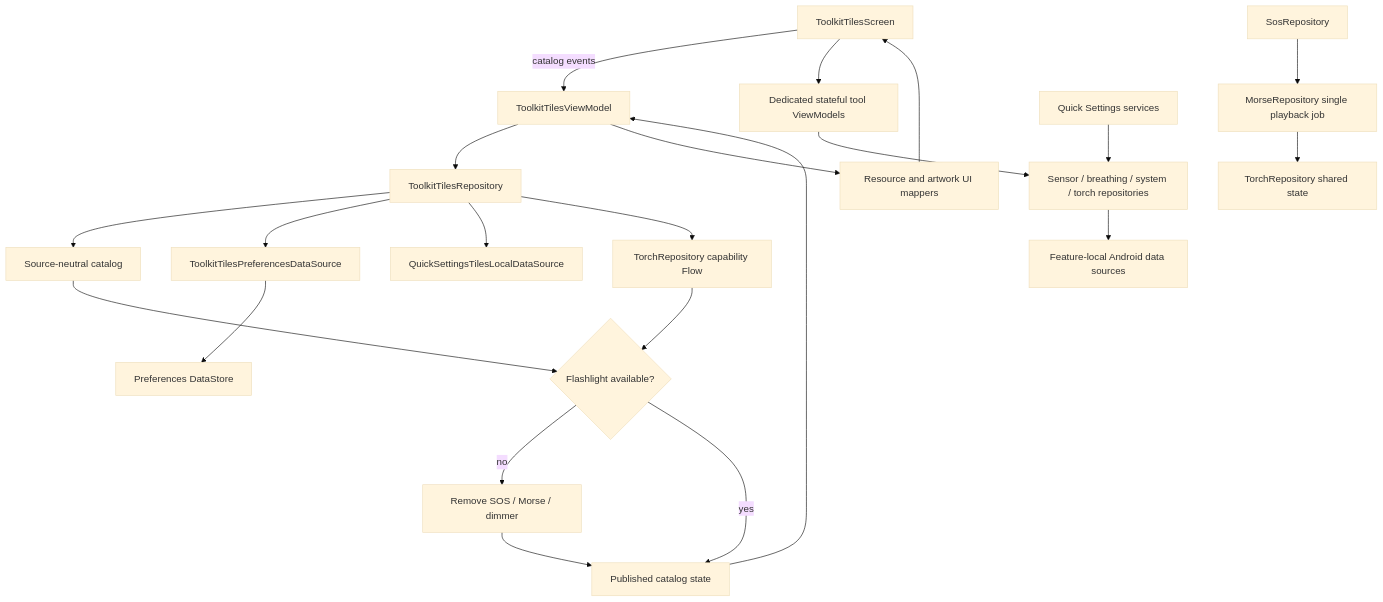
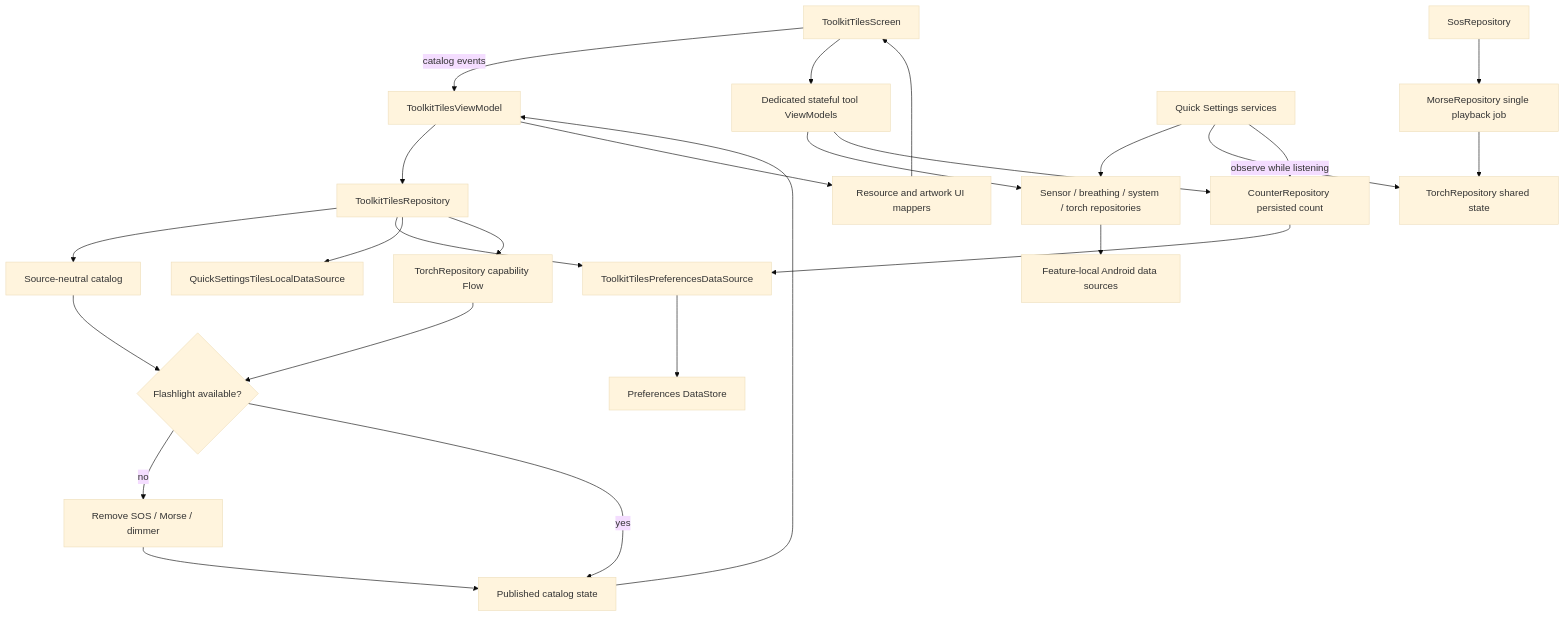
The diagram in sample/feature/tiles/README.md (MihaiCristianCondrea/App-Toolkit-for-Android), drawn with Mermaid (base theme) before and after one commit. The commit also changed other lines of this file and 17 other files, not shown here.

````diff
--- a/sample/feature/tiles/README.md
+++ b/sample/feature/tiles/README.md
@@ -39,24 +40,28 @@
 ```mermaid
 flowchart TD
     Screen[ToolkitTilesScreen] -->|catalog events| VM[ToolkitTilesViewModel]
     VM --> Tiles[ToolkitTilesRepository]
     Tiles --> Catalogue[Source-neutral catalog]
     Tiles --> Preferences[ToolkitTilesPreferencesDataSource]
     Preferences --> Store[Preferences DataStore]
     Tiles --> QS[QuickSettingsTilesLocalDataSource]
     Tiles --> TorchCapability[TorchRepository capability Flow]
     TorchCapability --> Filter{Flashlight available?}
     Catalogue --> Filter
     Filter -->|no| Remove[Remove SOS / Morse / dimmer]
     Filter -->|yes| Published[Published catalog state]
     Remove --> Published
     Published --> VM
     VM --> UiMap[Resource and artwork UI mappers]
     UiMap --> Screen
     Screen --> ToolVMs[Dedicated stateful tool ViewModels]
     ToolVMs --> Repositories[Sensor / breathing / system / torch repositories]
     Repositories --> Sources[Feature-local Android data sources]
     Sos[SosRepository] --> Morse[MorseRepository single playback job]
     Morse --> Torch[TorchRepository shared state]
     Services[Quick Settings services] --> Repositories
+    Services -->|observe while listening| Torch
+    Services --> Counter[CounterRepository persisted count]
+    ToolVMs --> Counter
+    Counter --> Preferences
 ```
````
